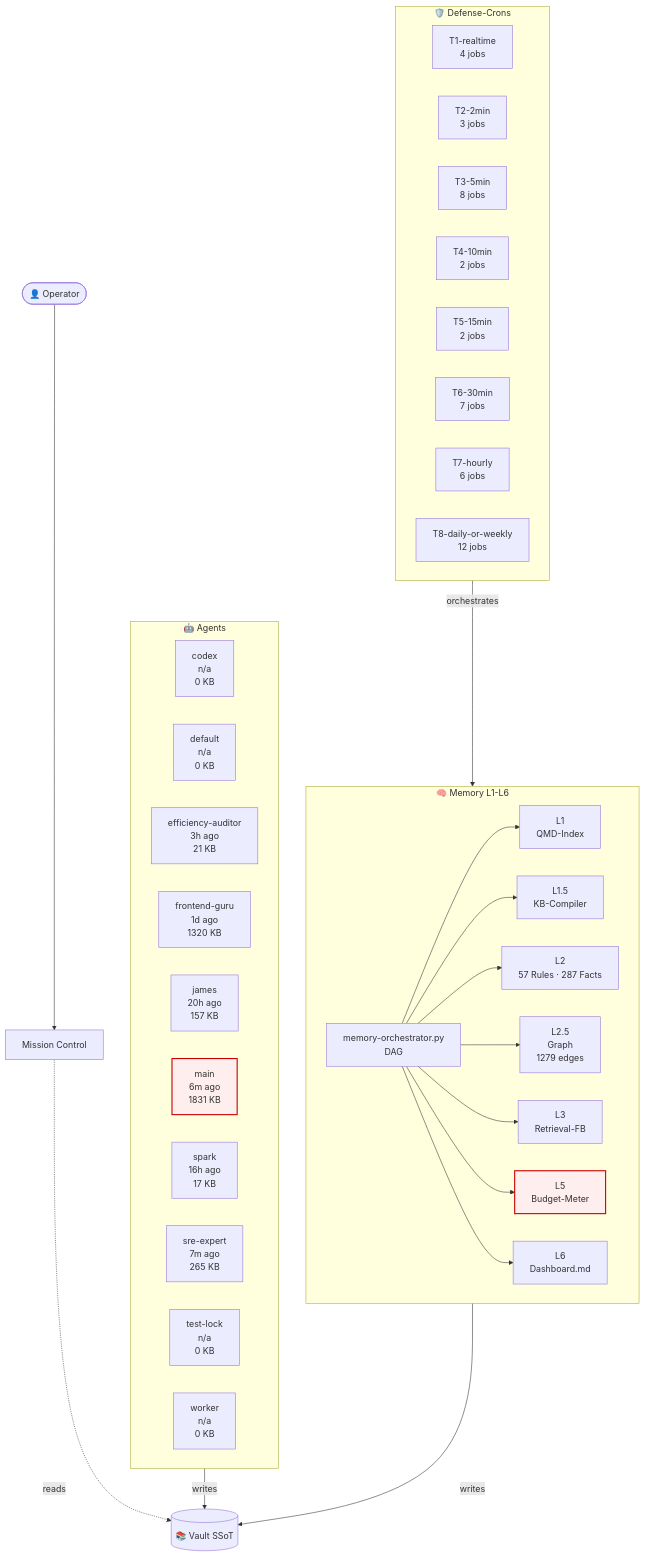
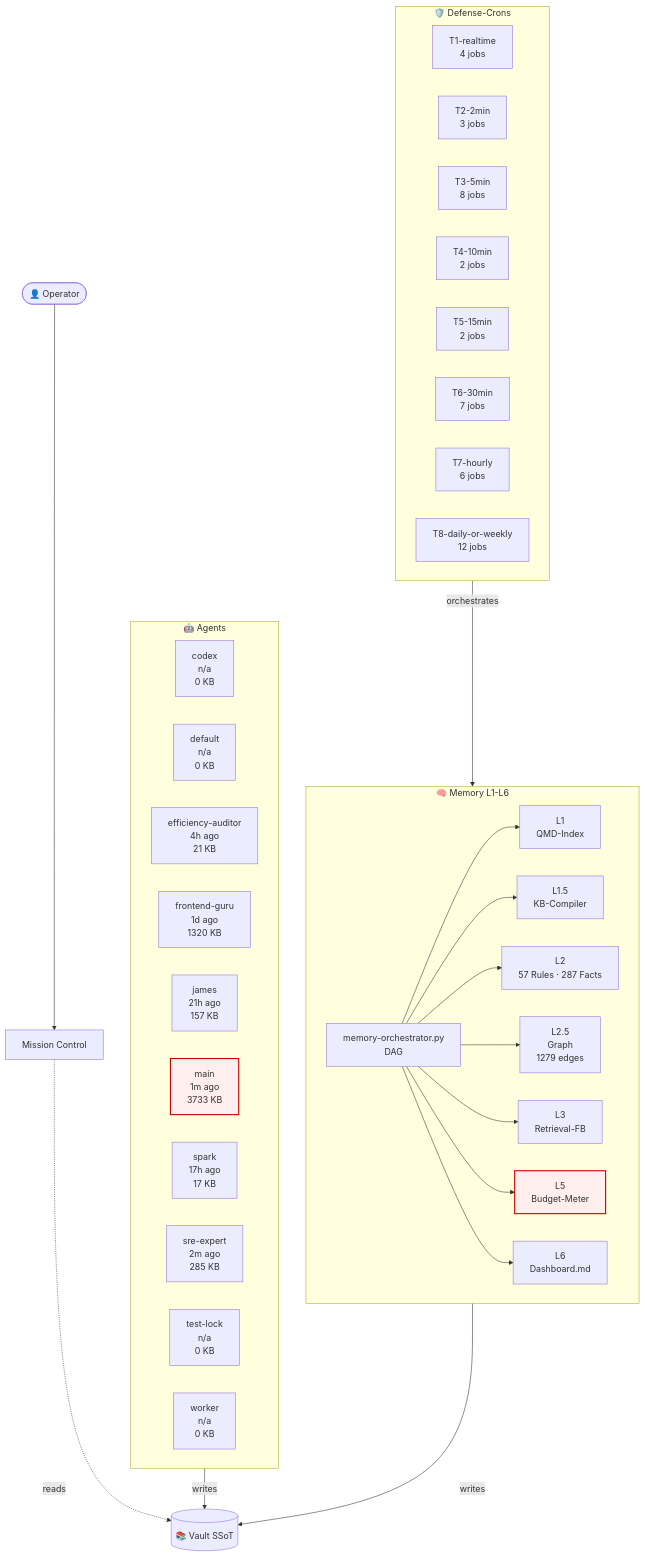
Before and after one commit to lenardhuebner88-rgb/openclaw-memory: the diagram in 03-Agents/architecture-live.md, drawn with Mermaid. The commit also changed other lines of this file and 15 other files, not shown here.

````diff
--- a/03-Agents/architecture-live.md
+++ b/03-Agents/architecture-live.md
@@ -18,53 +18,53 @@
 ```mermaid
 flowchart TB
     classDef critical fill:#fee,stroke:#c00,stroke-width:2px;
     subgraph AGT["🤖 Agents"]
         agent_codex["codex<br/>n/a<br/>0 KB"]
         agent_default["default<br/>n/a<br/>0 KB"]
-        agent_efficiency_auditor["efficiency-auditor<br/>3h ago<br/>21 KB"]
+        agent_efficiency_auditor["efficiency-auditor<br/>4h ago<br/>21 KB"]
         agent_frontend_guru["frontend-guru<br/>1d ago<br/>1320 KB"]
-        agent_james["james<br/>20h ago<br/>157 KB"]
-        agent_main["main<br/>6m ago<br/>1831 KB"]
-        agent_spark["spark<br/>16h ago<br/>17 KB"]
-        agent_sre_expert["sre-expert<br/>7m ago<br/>265 KB"]
+        agent_james["james<br/>21h ago<br/>157 KB"]
+        agent_main["main<br/>1m ago<br/>3733 KB"]
+        agent_spark["spark<br/>17h ago<br/>17 KB"]
+        agent_sre_expert["sre-expert<br/>2m ago<br/>285 KB"]
         agent_test_lock["test-lock<br/>n/a<br/>0 KB"]
         agent_worker["worker<br/>n/a<br/>0 KB"]
     end
     subgraph MEM["🧠 Memory L1-L6"]
         L1["L1<br/>QMD-Index"]
         L15["L1.5<br/>KB-Compiler"]
         L2["L2<br/>57 Rules · 287 Facts"]
         L25["L2.5<br/>Graph<br/>1279 edges"]
         L3["L3<br/>Retrieval-FB"]
         L5["L5<br/>Budget-Meter"]
         L6["L6<br/>Dashboard.md"]
         ORCH["memory-orchestrator.py<br/>DAG"]
     end
     subgraph CRN["🛡️ Defense-Crons"]
         tier_T1_realtime["T1-realtime<br/>4 jobs"]
         tier_T2_2min["T2-2min<br/>3 jobs"]
         tier_T3_5min["T3-5min<br/>8 jobs"]
         tier_T4_10min["T4-10min<br/>2 jobs"]
         tier_T5_15min["T5-15min<br/>2 jobs"]
         tier_T6_30min["T6-30min<br/>7 jobs"]
         tier_T7_hourly["T7-hourly<br/>6 jobs"]
         tier_T8_daily_or_weekly["T8-daily-or-weekly<br/>12 jobs"]
     end
     VAULT[("📚 Vault SSoT")]
     OP([👤 Operator])
     MC["Mission Control"]
     OP --> MC
     MC -.reads.-> VAULT
     AGT -->|writes| VAULT
     MEM -->|writes| VAULT
     ORCH --> L1
     ORCH --> L15
     ORCH --> L2
     ORCH --> L25
     ORCH --> L3
     ORCH --> L5
     ORCH --> L6
     CRN -->|orchestrates| MEM
     class L5 critical
     class agent_main critical
 ```
````
